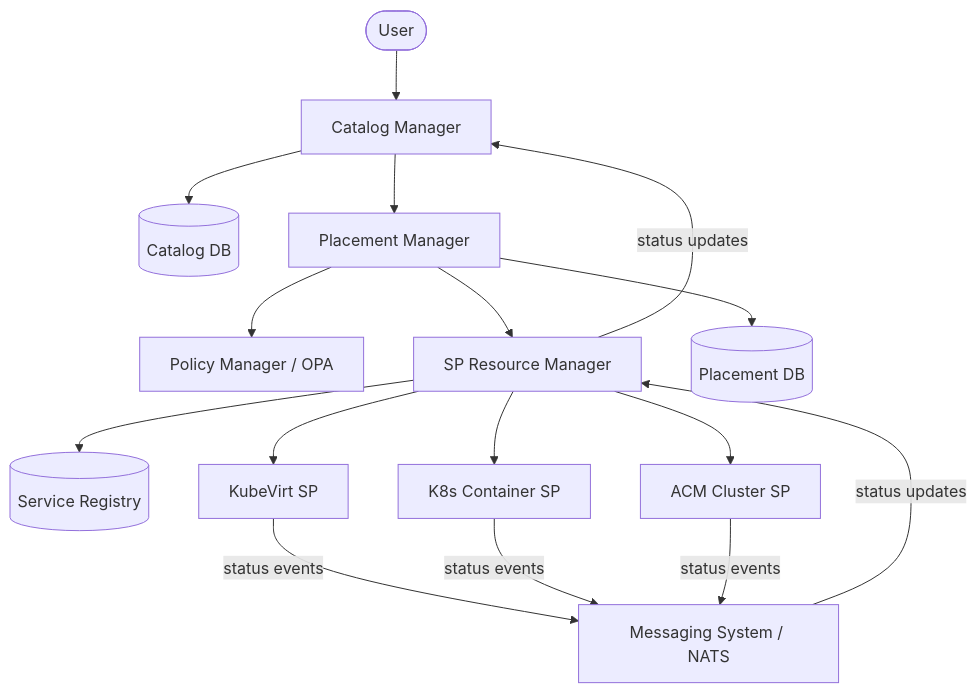
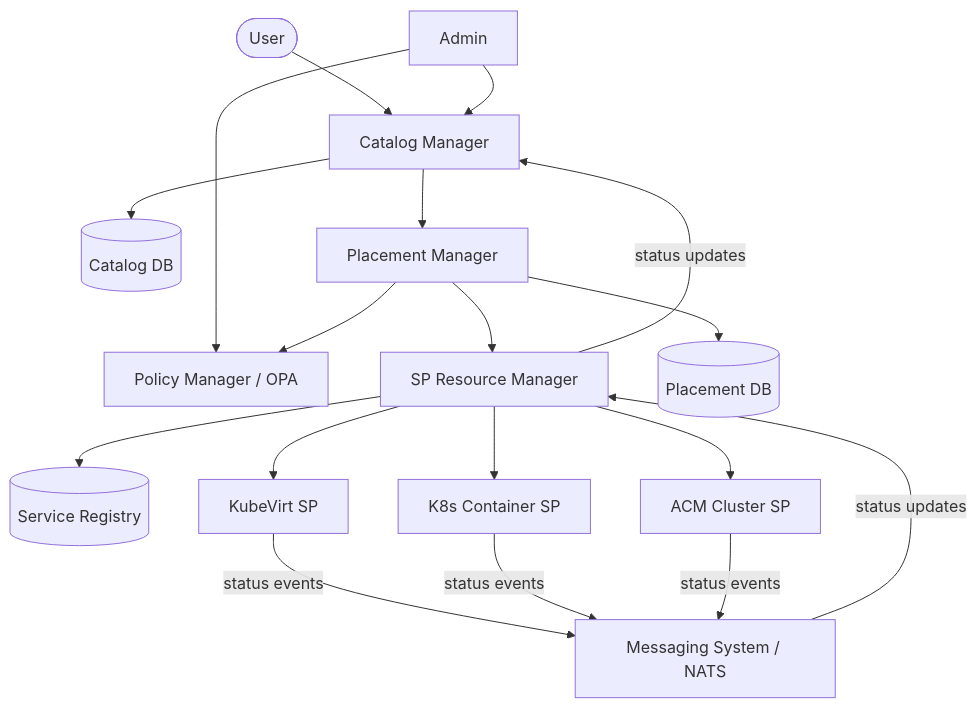
The first of 18 diagrams in enhancements/user-flows/user-flows.md (dcm-project/enhancements), drawn with Mermaid before and after one commit.

Commit message:
Add Admin to the diagram

````diff
--- a/enhancements/user-flows/user-flows.md
+++ b/enhancements/user-flows/user-flows.md
@@ -64,33 +64,36 @@
 ```mermaid
 graph TB
     User([User])
+    Admin[Admin]
     CM[Catalog Manager]
     CDB[(Catalog DB)]
     PM[Placement Manager]
     POL[Policy Manager / OPA]
     SPRM[SP Resource Manager]
     SR[(Service Registry)]
     DB[(Placement DB)]
     MSG[Messaging System / NATS]
 
     SP1[KubeVirt SP]
     SP2[K8s Container SP]
     SP3[ACM Cluster SP]
 
     User --> CM
+    Admin --> CM
+    Admin --> POL
     CM --> CDB
     CM --> PM
     PM --> POL
     PM --> SPRM
     PM --> DB
     SPRM --> SR
     SPRM --> SP1
     SPRM --> SP2
     SPRM --> SP3
 
     SP1 -->|status events| MSG
     SP2 -->|status events| MSG
     SP3 -->|status events| MSG
     MSG -->|status updates| SPRM
     SPRM -->|status updates| CM
 ```
````
